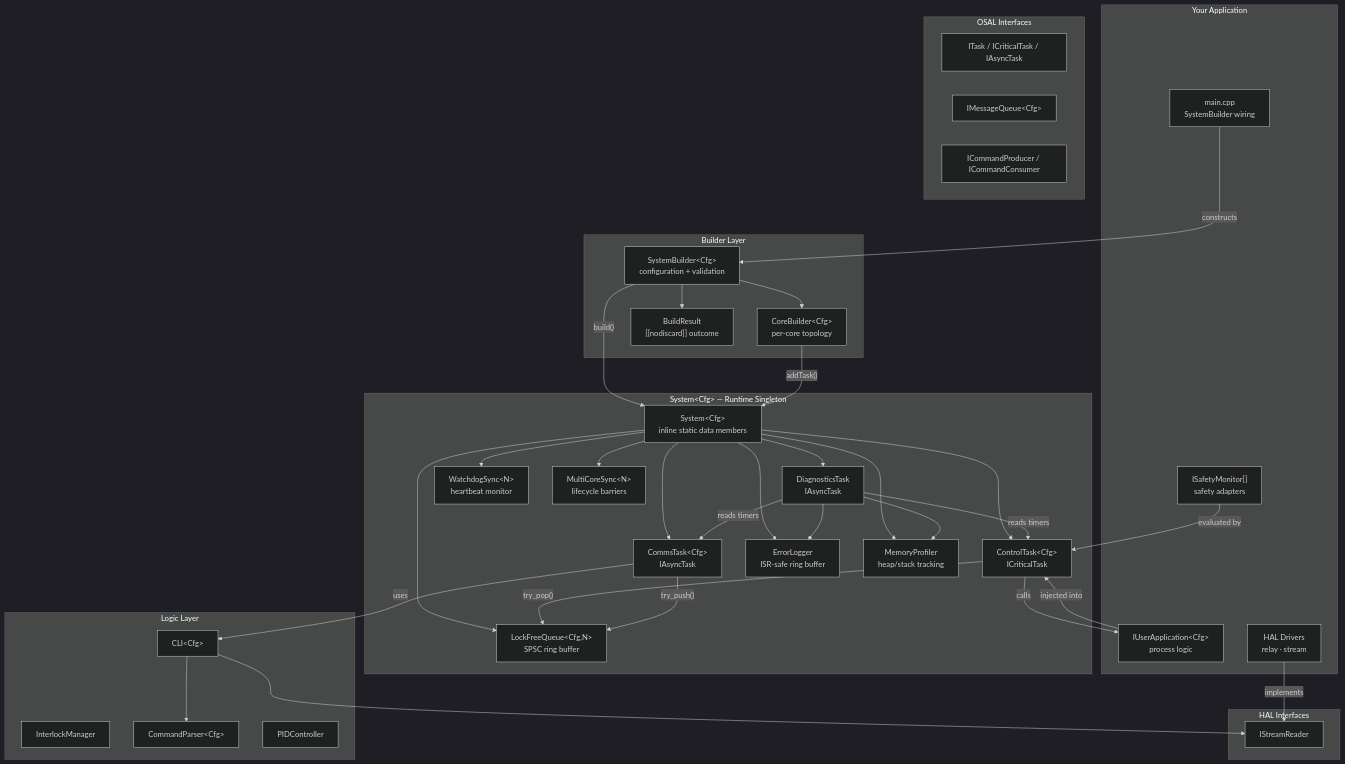
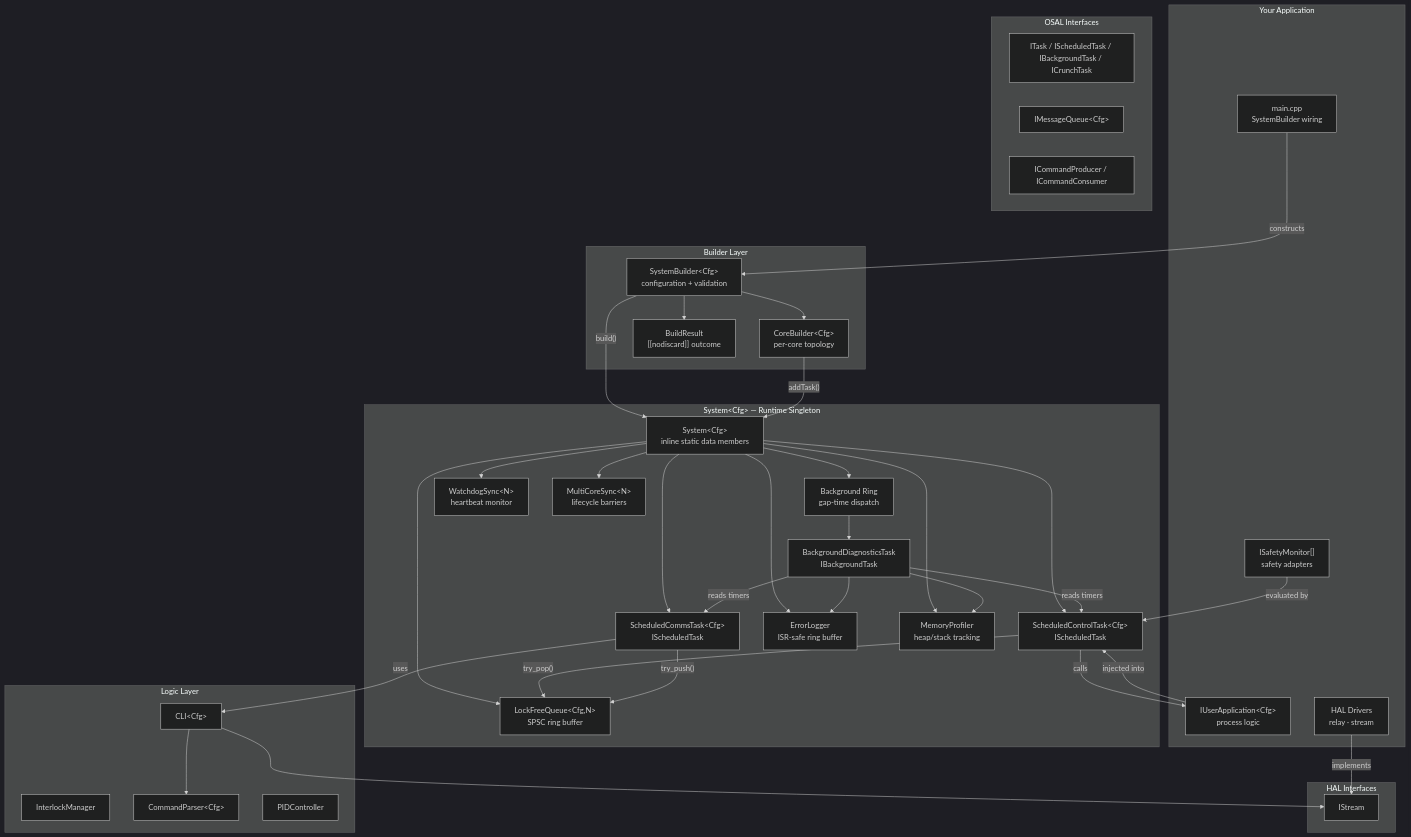
One commit to BlastermanR/SputterOS changed the first of 6 diagrams in docs/SystemArchitecture.md. Above: the diagram before and after it, drawn with Mermaid (dark theme). The commit also changed other lines of this file and 92 other files, not shown here.

````diff
--- a/docs/SystemArchitecture.md
+++ b/docs/SystemArchitecture.md
@@ -11,65 +11,67 @@
 ```mermaid
 graph TB
     subgraph "Your Application"
         MAIN["main.cpp<br/>SystemBuilder wiring"]
         APP["IUserApplication&lt;Cfg&gt;<br/>process logic"]
         SAFETY["ISafetyMonitor[]<br/>safety adapters"]
         HALIMPL["HAL Drivers<br/>relay · stream"]
     end
 
     subgraph "Builder Layer"
         SB["SystemBuilder&lt;Cfg&gt;<br/>configuration + validation"]
         CB["CoreBuilder&lt;Cfg&gt;<br/>per-core topology"]
         BR["BuildResult<br/>[[nodiscard]] outcome"]
     end
 
     subgraph "System&lt;Cfg&gt; — Runtime Singleton"
         SYS["System&lt;Cfg&gt;<br/>inline static data members"]
-        CT["ControlTask&lt;Cfg&gt;<br/>ICriticalTask"]
-        CMT["CommsTask&lt;Cfg&gt;<br/>IAsyncTask"]
-        DT["DiagnosticsTask<br/>IAsyncTask"]
+        CT["ScheduledControlTask&lt;Cfg&gt;<br/>IScheduledTask"]
+        CMT["ScheduledCommsTask&lt;Cfg&gt;<br/>IScheduledTask"]
+        DT["BackgroundDiagnosticsTask<br/>IBackgroundTask"]
+        BG_RING["Background Ring<br/>gap-time dispatch"]
         LFQ["LockFreeQueue&lt;Cfg,N&gt;<br/>SPSC ring buffer"]
         WD["WatchdogSync&lt;N&gt;<br/>heartbeat monitor"]
         MCS["MultiCoreSync&lt;N&gt;<br/>lifecycle barriers"]
         EL["ErrorLogger<br/>ISR-safe ring buffer"]
         MP["MemoryProfiler<br/>heap/stack tracking"]
     end
 
     subgraph "Logic Layer"
         IM["InterlockManager"]
         CP["CommandParser&lt;Cfg&gt;"]
         CLI["CLI&lt;Cfg&gt;"]
         PID["PIDController"]
     end
 
     subgraph "OSAL Interfaces"
-        IT["ITask / ICriticalTask / IAsyncTask"]
+        IT["ITask / IScheduledTask / IBackgroundTask / ICrunchTask"]
         IMQ["IMessageQueue&lt;Cfg&gt;"]
         ICP["ICommandProducer / ICommandConsumer"]
     end
 
     subgraph "HAL Interfaces"
-        ISR["IStreamReader"]
+        ISR["IStream"]
     end
 
     MAIN -->|"constructs"| SB
     SB -->|"build()"| SYS
     SB --> CB
     CB -->|"addTask()"| SYS
     SB --> BR
 
     APP -->|"injected into"| CT
     SAFETY -->|"evaluated by"| CT
     HALIMPL -->|"implements"| ISR
 
-    SYS --> CT & CMT & DT & LFQ & WD & MCS & EL & MP
+    SYS --> CT & CMT & BG_RING & LFQ & WD & MCS & EL & MP
+    BG_RING --> DT
     CT -->|"try_pop()"| LFQ
     CMT -->|"try_push()"| LFQ
     DT -->|"reads timers"| CT & CMT
     DT --> EL & MP
 
     CT -->|"calls"| APP
     CMT -->|"uses"| CLI
     CLI --> CP
     CLI --> ISR
 ```
````
